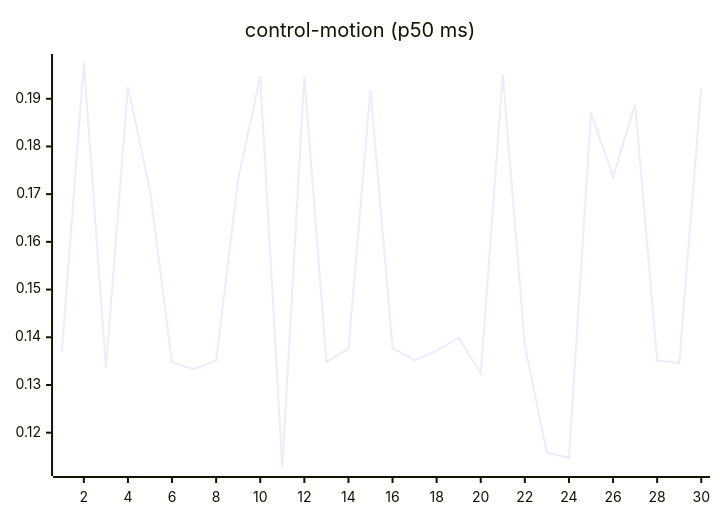
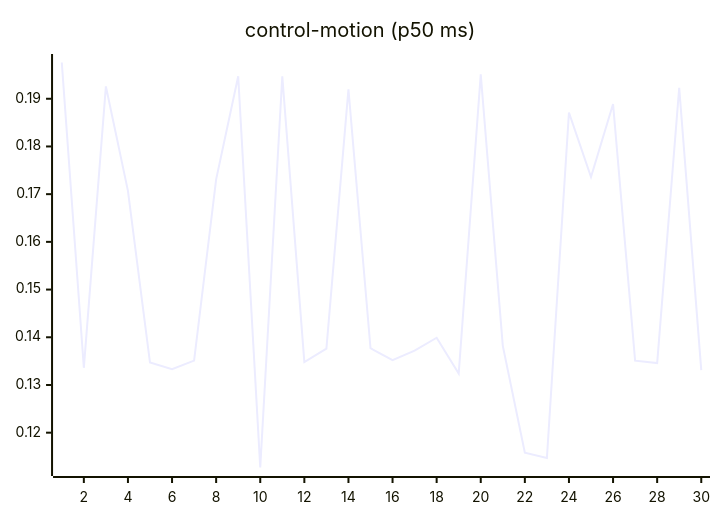
The seventh of 27 diagrams in README.md (josha/Facet), drawn with Mermaid before and after one commit. The commit also changed other lines of this file and 2 other files, not shown here.

````diff
--- a/README.md
+++ b/README.md
@@ -105,6 +105,6 @@
 ```mermaid
 xychart-beta
     title "control-motion (p50 ms)"
     x-axis 1 --> 30
-    line [0.1369, 0.1976, 0.1336, 0.1926, 0.1707, 0.1347, 0.1333, 0.1351, 0.1731, 0.1947, 0.1127, 0.1947, 0.1348, 0.1376, 0.1920, 0.1377, 0.1352, 0.1372, 0.1399, 0.1324, 0.1951, 0.1382, 0.1158, 0.1147, 0.1871, 0.1736, 0.1889, 0.1351, 0.1346, 0.1923]
+    line [0.1976, 0.1336, 0.1926, 0.1707, 0.1347, 0.1333, 0.1351, 0.1731, 0.1947, 0.1127, 0.1947, 0.1348, 0.1376, 0.1920, 0.1377, 0.1352, 0.1372, 0.1399, 0.1324, 0.1951, 0.1382, 0.1158, 0.1147, 0.1871, 0.1736, 0.1889, 0.1351, 0.1346, 0.1923, 0.1331]
 ```
````
